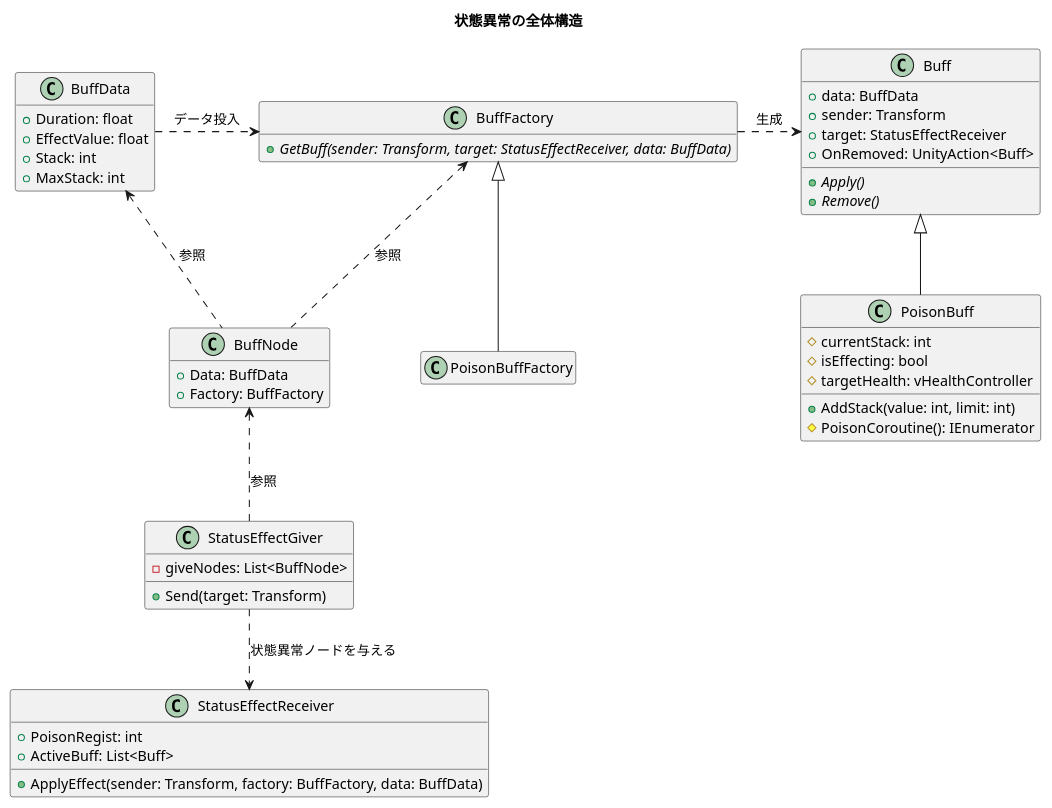
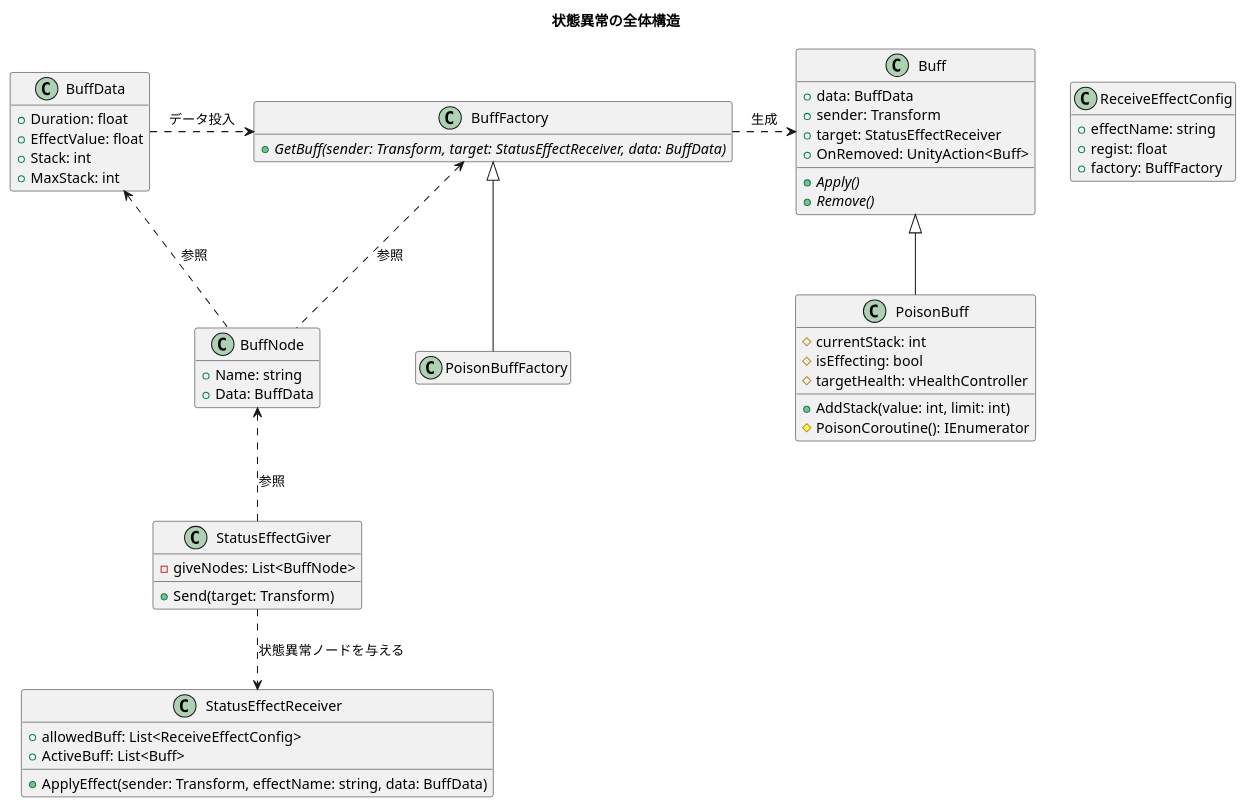
The diagram in public/designs/status_effect_class.pu (Iroha71/unity-docs), drawn with PlantUML before and after one commit.

Commit message:
状態異常クラス図に耐性用クラスを追加

```diff
--- a/public/designs/status_effect_class.pu
+++ b/public/designs/status_effect_class.pu
@@ -1,61 +1,67 @@
 @startuml status_effect_class
 title 状態異常の全体構造
 hide empty member
 
 class BuffData {
   + Duration: float
   + EffectValue: float
   + Stack: int
   + MaxStack: int
 }
 
 class Buff {
   + data: BuffData
   + sender: Transform
   + target: StatusEffectReceiver
   + OnRemoved: UnityAction<Buff>
   {abstract} + Apply()
   {abstract} + Remove()
 }
 
 class PoisonBuff {
   # currentStack: int
   # isEffecting: bool
   # targetHealth: vHealthController
   + AddStack(value: int, limit: int)
   # PoisonCoroutine(): IEnumerator
 }
 
 class BuffFactory {
   {abstract} + GetBuff(sender: Transform, target: StatusEffectReceiver, data: BuffData)
 }
 
 class PoisonBuffFactory {
 }
 
 class StatusEffectReceiver {
-  + PoisonRegist: int
+  + allowedBuff: List<ReceiveEffectConfig>
   + ActiveBuff: List<Buff>
-  + ApplyEffect(sender: Transform, factory: BuffFactory, data: BuffData)
+  + ApplyEffect(sender: Transform, effectName: string, data: BuffData)
+}
+
+class ReceiveEffectConfig {
+  + effectName: string
+  + regist: float
+  + factory: BuffFactory
 }
 
 class StatusEffectGiver {
   - giveNodes: List<BuffNode>
   + Send(target: Transform)
 }
 
 class BuffNode {
+  + Name: string
   + Data: BuffData
-  + Factory: BuffFactory
 }
 
 BuffData .right.> BuffFactory : データ投入
 BuffFactory .right.> Buff : 生成
 Buff <|-- PoisonBuff
 BuffFactory <|-- PoisonBuffFactory
 BuffData <.down. BuffNode : 参照
 BuffFactory <.. BuffNode : 参照
 StatusEffectGiver .up.> BuffNode : 参照
 StatusEffectGiver ..> StatusEffectReceiver : 状態異常ノードを与える
 
 @enduml
```
